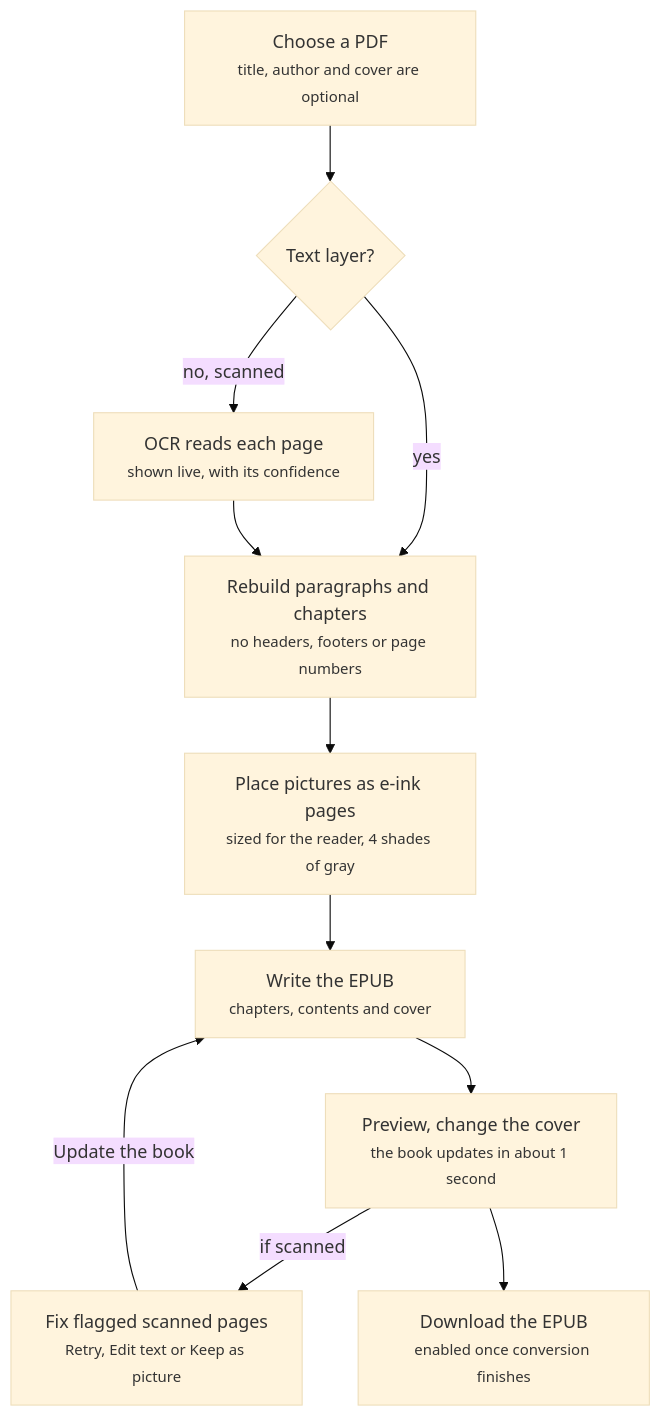
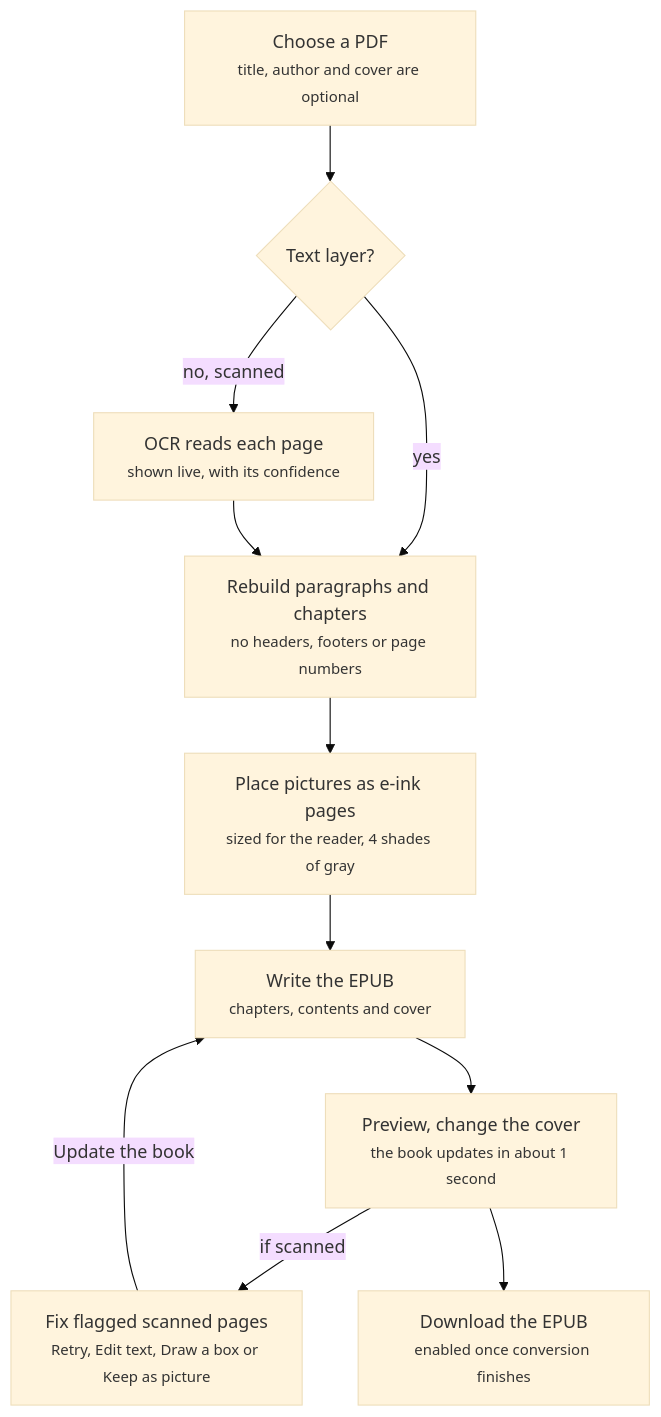
One commit to achmadm23/convertPdf changed the first of 2 diagrams in brd.md. Above: the diagram before and after it, drawn with Mermaid (base theme). The commit also changed other lines of this file and 6 other files, not shown here.

First line of the commit message:
Draw a box around pictures on scanned pages

````diff
--- a/brd.md
+++ b/brd.md
@@ -81,13 +81,13 @@
 ```mermaid
 flowchart TD
     choose["Choose a PDF<br/><small>title, author and cover are optional</small>"] --> layer{"Text layer?"}
     layer -- yes --> rebuild["Rebuild paragraphs and chapters<br/><small>no headers, footers or page numbers</small>"]
     layer -- "no, scanned" --> ocr["OCR reads each page<br/><small>shown live, with its confidence</small>"]
     ocr --> rebuild
     rebuild --> pictures["Place pictures as e-ink pages<br/><small>sized for the reader, 4 shades of gray</small>"]
     pictures --> write["Write the EPUB<br/><small>chapters, contents and cover</small>"]
     write --> preview["Preview, change the cover<br/><small>the book updates in about 1 second</small>"]
-    preview -- "if scanned" --> fix["Fix flagged scanned pages<br/><small>Retry, Edit text or Keep as picture</small>"]
+    preview -- "if scanned" --> fix["Fix flagged scanned pages<br/><small>Retry, Edit text, Draw a box or Keep as picture</small>"]
     fix -- "Update the book" --> write
     preview --> download["Download the EPUB<br/><small>enabled once conversion finishes</small>"]
 ```
````
